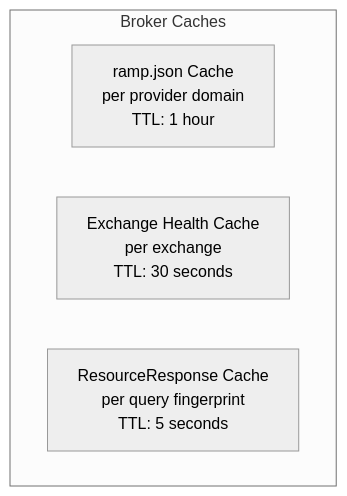
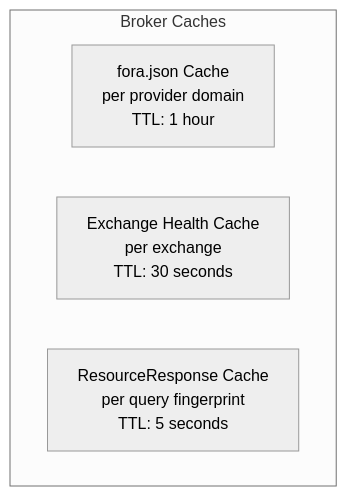
The third of 4 diagrams in website/src/content/docs/components/broker/deployment.mdx (FORA-Protocol/protocol), drawn with Mermaid (neutral theme) before and after one commit. The commit also changed other lines of this file and 529 other files, not shown here.

First line of the commit message:
Rename the protocol from RAMP to FORA

````diff
--- a/website/src/content/docs/components/broker/deployment.mdx
+++ b/website/src/content/docs/components/broker/deployment.mdx
@@ -239,8 +239,8 @@
 ```mermaid
 graph TB
     subgraph "Broker Caches"
-        C1[ramp.json Cache<br/>per provider domain<br/>TTL: 1 hour]
+        C1[fora.json Cache<br/>per provider domain<br/>TTL: 1 hour]
         C2[Exchange Health Cache<br/>per exchange<br/>TTL: 30 seconds]
         C3[ResourceResponse Cache<br/>per query fingerprint<br/>TTL: 5 seconds]
     end
 ```
````
